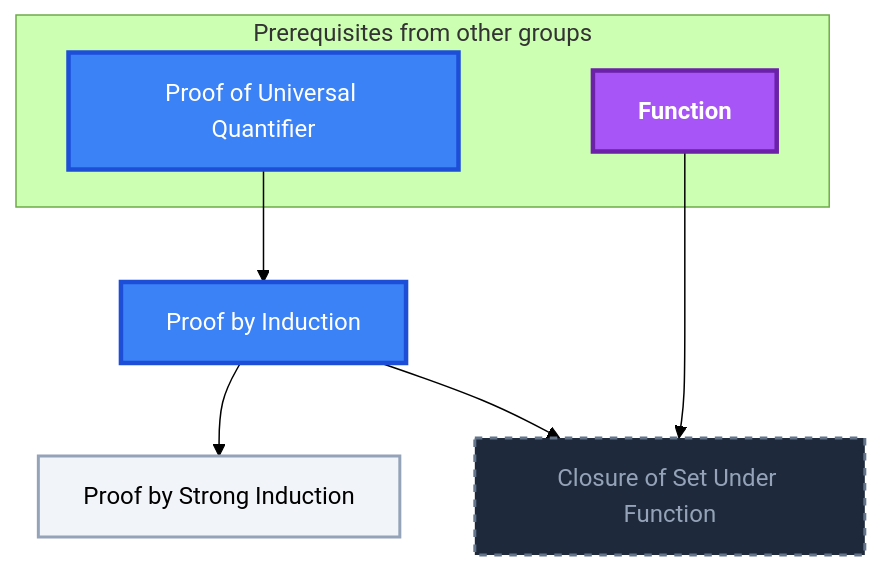
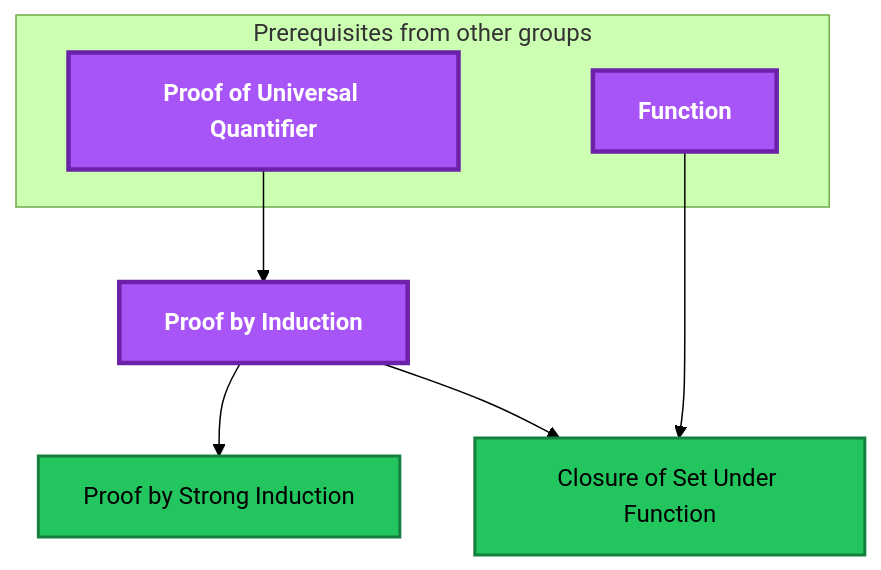
One commit to MRauf1/My-Notes changed the sixth of 7 diagrams in Gamification/Skill Trees/Discrete Mathematics.md. Above: the diagram before and after it, drawn with Mermaid (forest theme). The commit also changed other lines of this file and 145 other files, not shown here.

````diff
--- a/Gamification/Skill Trees/Discrete Mathematics.md
+++ b/Gamification/Skill Trees/Discrete Mathematics.md
@@ -399,28 +437,26 @@
 ```mermaid
 flowchart TD
     classDef planned fill:#1E293B,stroke:#64748B,stroke-width:2px,stroke-dasharray:5 5,color:#94A3B8;
     classDef locked fill:#334155,stroke:#475569,stroke-width:2px,color:#94A3B8;
     classDef L0 fill:#F1F5F9,stroke:#94A3B8,stroke-width:2px,color:#000000;
     classDef L1 fill:#22C55E,stroke:#15803D,stroke-width:2px,color:#000000;
     classDef L2 fill:#3B82F6,stroke:#1D4ED8,stroke-width:3px,color:#FFFFFF;
     classDef L3 fill:#A855F7,stroke:#6B21A8,stroke-width:3px,color:#FFFFFF,font-weight:bold;
     classDef L4 fill:#F97316,stroke:#C2410C,stroke-width:4px,color:#000000,font-weight:bold;
     classDef L5 fill:#FFD700,stroke:#FF8C00,stroke-width:5px,color:#000000,font-weight:bold;
     classDef rusty stroke:#8B4513,stroke-width:4px,stroke-dasharray:3 3;
     subgraph sg_prereqs["Prerequisites from other groups"]
         n_proof_of_universal_quantifier["Proof of Universal Quantifier"]
         n_function["Function"]
     end
     n_proof_by_induction["Proof by Induction"]
     n_proof_by_strong_induction["Proof by Strong Induction"]
     n_closure_of_set_under_function["Closure of Set Under Function"]
     n_proof_of_universal_quantifier --> n_proof_by_induction
     n_proof_by_induction --> n_proof_by_strong_induction
     n_proof_by_induction --> n_closure_of_set_under_function
     n_function --> n_closure_of_set_under_function
-    class n_closure_of_set_under_function planned;
-    class n_proof_by_strong_induction L0;
-    class n_proof_of_universal_quantifier,n_proof_by_induction L2;
-    class n_function L3;
-    class n_proof_of_universal_quantifier,n_function,n_proof_by_induction,n_proof_by_strong_induction internal-link;
+    class n_proof_by_strong_induction,n_closure_of_set_under_function L1;
+    class n_proof_of_universal_quantifier,n_function,n_proof_by_induction L3;
+    class n_proof_of_universal_quantifier,n_function,n_proof_by_induction,n_proof_by_strong_induction,n_closure_of_set_under_function internal-link;
 ```
````
